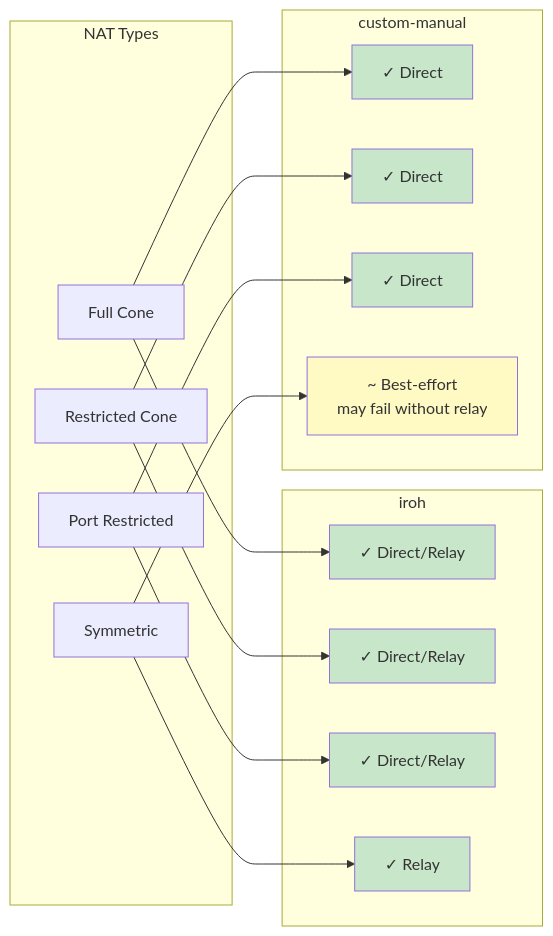
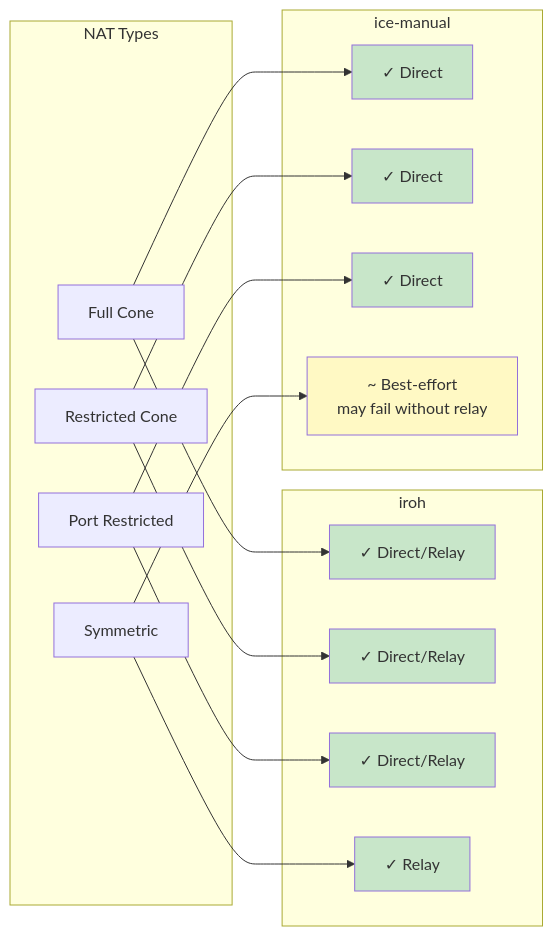
One commit to andrewtheguy/vpn-rs changed the fourth of 36 diagrams in docs/ARCHITECTURE.md. Above: the diagram before and after it, drawn with Mermaid. The commit also changed other lines of this file and 20 other files, not shown here.

````diff
--- a/docs/ARCHITECTURE.md
+++ b/docs/ARCHITECTURE.md
@@ -147,43 +147,43 @@
 ```mermaid
 graph LR
     subgraph "NAT Types"
         A[Full Cone]
         B[Restricted Cone]
         C[Port Restricted]
         D[Symmetric]
     end
 
     subgraph "iroh"
         E1[✓ Direct/Relay]
         E2[✓ Direct/Relay]
         E3[✓ Direct/Relay]
         E4[✓ Relay]
     end
 
-    subgraph "custom-manual"
+    subgraph "ice-manual"
         G1[✓ Direct]
         G2[✓ Direct]
         G3[✓ Direct]
         G4[~ Best-effort<br/>may fail without relay]
     end
 
     A --> E1
     B --> E2
     C --> E3
     D --> E4
 
     A --> G1
     B --> G2
     C --> G3
     D --> G4
 
     style E1 fill:#C8E6C9
     style E2 fill:#C8E6C9
     style E3 fill:#C8E6C9
     style E4 fill:#C8E6C9
 
     style G1 fill:#C8E6C9
     style G2 fill:#C8E6C9
     style G3 fill:#C8E6C9
     style G4 fill:#FFF9C4
 ```
````
